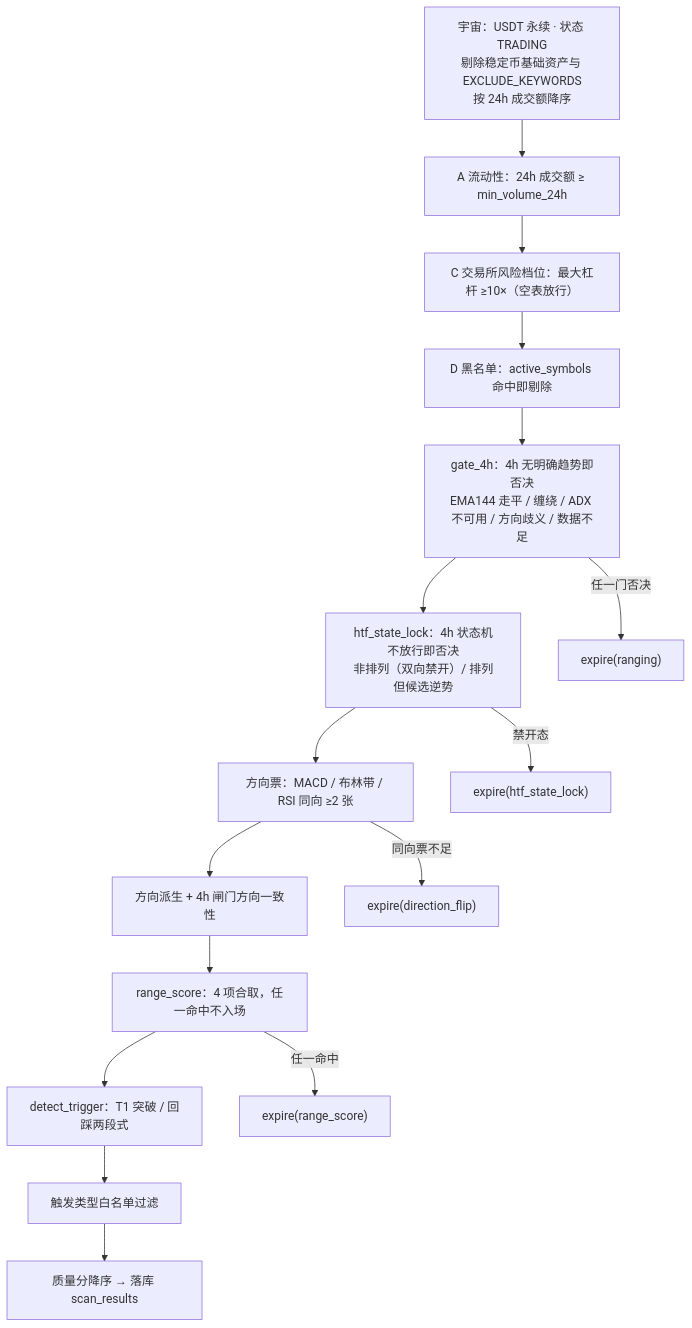
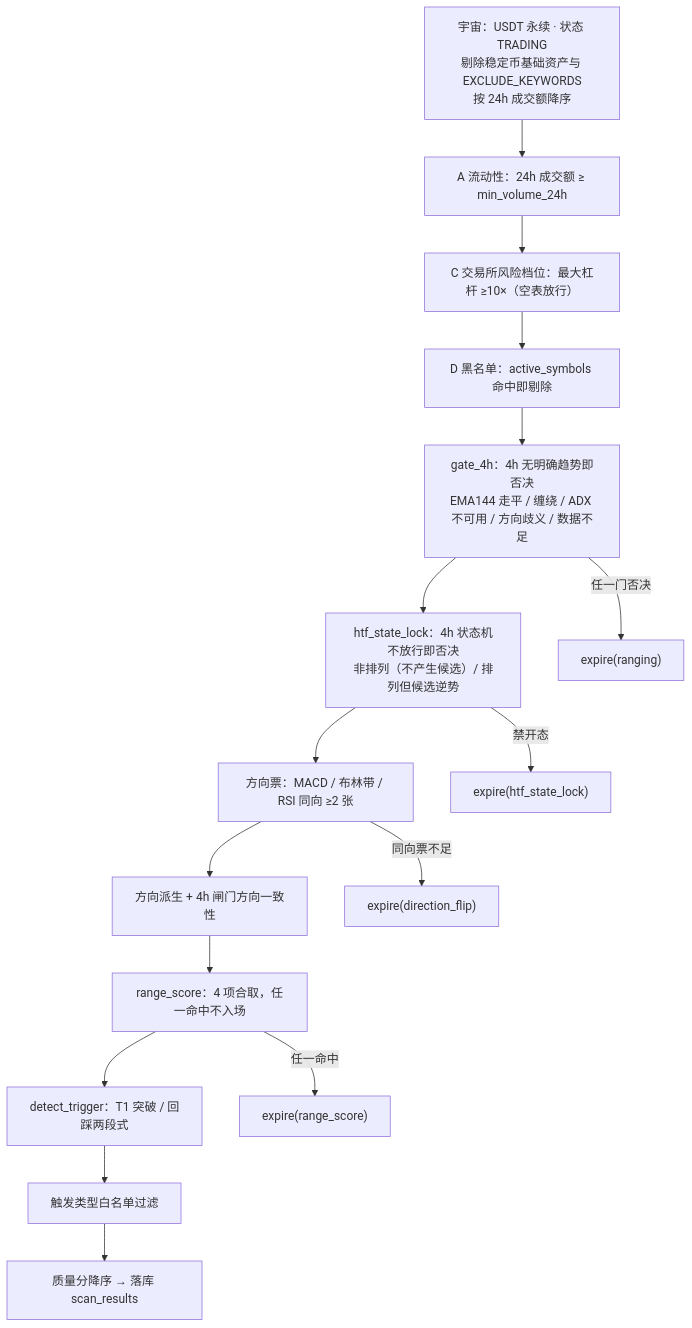
Before and after one commit to wwei-github/trading-workbench: the fourth of 6 diagrams in docs/扫描与筛选/01-币种筛选与扫描.md, drawn with Mermaid. The commit also changed other lines of this file and 24 other files, not shown here.

````diff
--- a/docs/扫描与筛选/01-币种筛选与扫描.md
+++ b/docs/扫描与筛选/01-币种筛选与扫描.md
@@ -242,18 +242,18 @@
 ```mermaid
 flowchart TD
     S0["宇宙：USDT 永续 · 状态 TRADING<br/>剔除稳定币基础资产与 EXCLUDE_KEYWORDS<br/>按 24h 成交额降序"] --> S1["A 流动性：24h 成交额 ≥ min_volume_24h"]
     S1 --> S2["C 交易所风险档位：最大杠杆 ≥10×（空表放行）"]
     S2 --> S3["D 黑名单：active_symbols 命中即剔除"]
     S3 --> S4["gate_4h：4h 无明确趋势即否决<br/>EMA144 走平 / 缠绕 / ADX 不可用 / 方向歧义 / 数据不足"]
-    S4 --> S5["htf_state_lock：4h 状态机不放行即否决<br/>非排列（双向禁开）/ 排列但候选逆势"]
+    S4 --> S5["htf_state_lock：4h 状态机不放行即否决<br/>非排列（不产生候选）/ 排列但候选逆势"]
     S5 --> S6["方向票：MACD / 布林带 / RSI 同向 ≥2 张"]
     S6 --> S7["方向派生 + 4h 闸门方向一致性"]
     S7 --> S8["range_score：4 项合取，任一命中不入场"]
     S8 --> S9["detect_trigger：T1 突破 / 回踩两段式"]
     S9 --> S10["触发类型白名单过滤"]
     S10 --> S11["质量分降序 → 落库 scan_results"]
     S4 -->|"任一门否决"| X1["expire(ranging)"]
     S5 -->|"禁开态"| X2["expire(htf_state_lock)"]
     S6 -->|"同向票不足"| X3["expire(direction_flip)"]
     S8 -->|"任一命中"| X4["expire(range_score)"]
 ```
````
